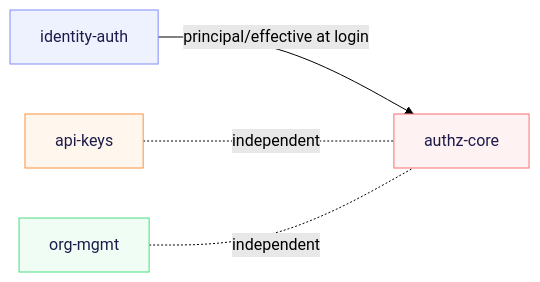
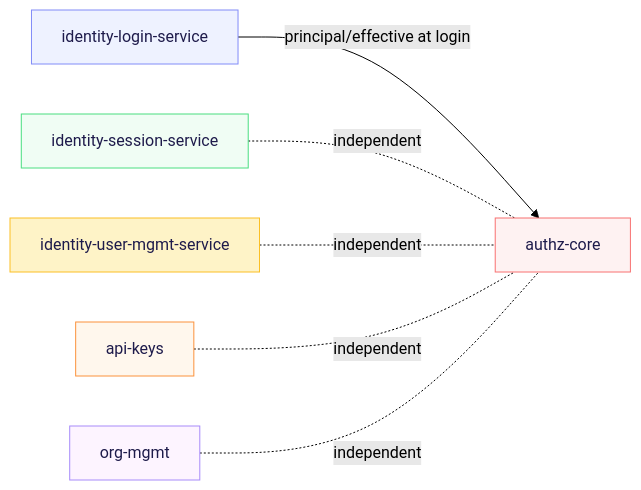
Before and after one commit to microscaler/sesame-idam: the second of 14 diagrams in docs/design-doc.md, drawn with Mermaid (forest theme). The commit also changed other lines of this file and 424 other files, not shown here.

````diff
--- a/docs/design-doc.md
+++ b/docs/design-doc.md
@@ -147,14 +168,20 @@
 ```mermaid
 graph LR
-    IA[identity-auth] -->|principal/effective at login| AC[authz-core]
+    IL[identity-login-service] -->|principal/effective at login| AC[authz-core]
+    IS[identity-session-service] -. independent .- AC
+    IU[identity-user-mgmt-service] -. independent .- AC
     AK[api-keys] -. independent .- AC
     OM[org-mgmt] -. independent .- AC
-classDef iaStyle fill:#eef2ff,stroke:#818cf8,color:#1e1b4b
+classDef ilStyle fill:#eef2ff,stroke:#818cf8,color:#1e1b4b
+classDef isStyle fill:#f0fdf4,stroke:#4ade80,color:#1e1b4b
+classDef iuStyle fill:#fef3c7,stroke:#fbbf24,color:#1e1b4b
 classDef acStyle fill:#fef2f2,stroke:#f87171,color:#1e1b4b
 classDef akStyle fill:#fff7ed,stroke:#fb923c,color:#1e1b4b
-classDef omStyle fill:#f0fdf4,stroke:#4ade80,color:#1e1b4b
-class IA iaStyle
+classDef omStyle fill:#fdf4ff,stroke:#a78bfa,color:#1e1b4b
+class IL ilStyle
+class IS isStyle
+class IU iuStyle
 class AC acStyle
 class AK akStyle
 class OM omStyle
 ```
````
